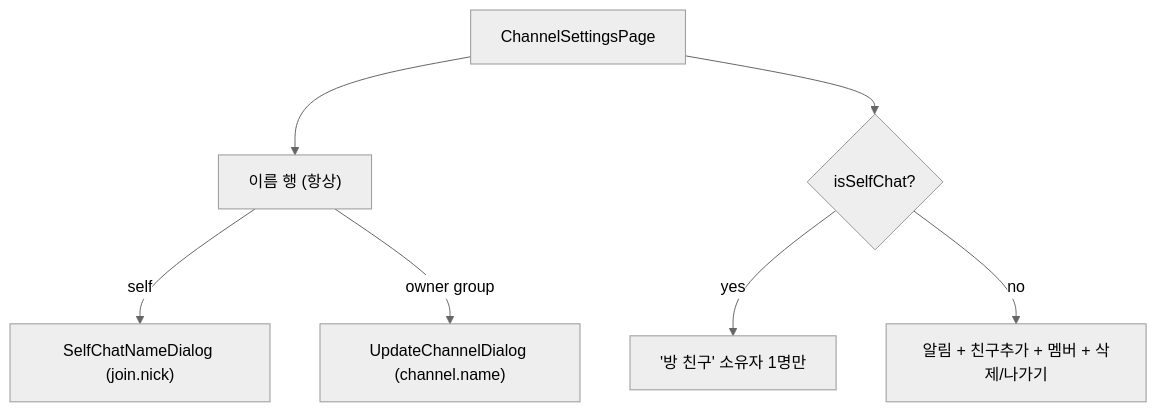
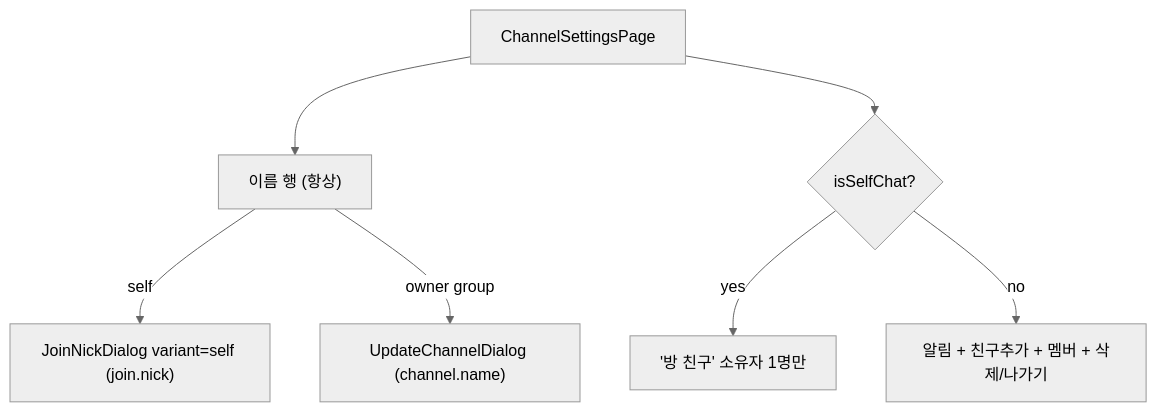
Before and after one commit to lemoncloud-io/dou-app: the third of 3 diagrams in apps/web/docs/feature/channels/self-chat.md, drawn with Mermaid (neutral theme). The commit also changed other lines of this file and 3 other files, not shown here.

````diff
--- a/apps/web/docs/feature/channels/self-chat.md
+++ b/apps/web/docs/feature/channels/self-chat.md
@@ -116,9 +116,9 @@
 ```mermaid
 flowchart TD
   P[ChannelSettingsPage] --> Name["이름 행 (항상)"]
-  Name -->|self| SelfDlg["SelfChatNameDialog (join.nick)"]
+  Name -->|self| SelfDlg["JoinNickDialog variant=self (join.nick)"]
   Name -->|owner group| UpdDlg["UpdateChannelDialog (channel.name)"]
   P --> K{isSelfChat?}
   K -->|yes| Friend["'방 친구' 소유자 1명만"]
   K -->|no| Full["알림 + 친구추가 + 멤버 + 삭제/나가기"]
 ```
````
